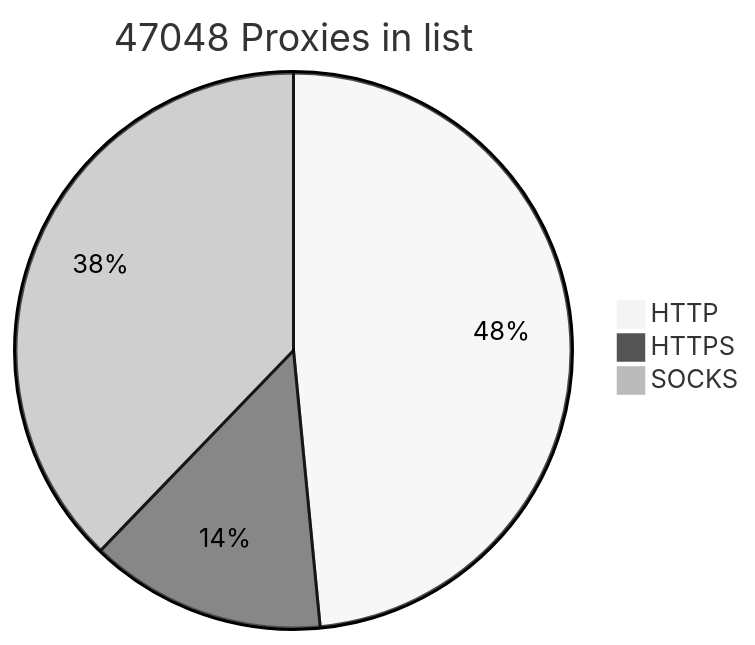
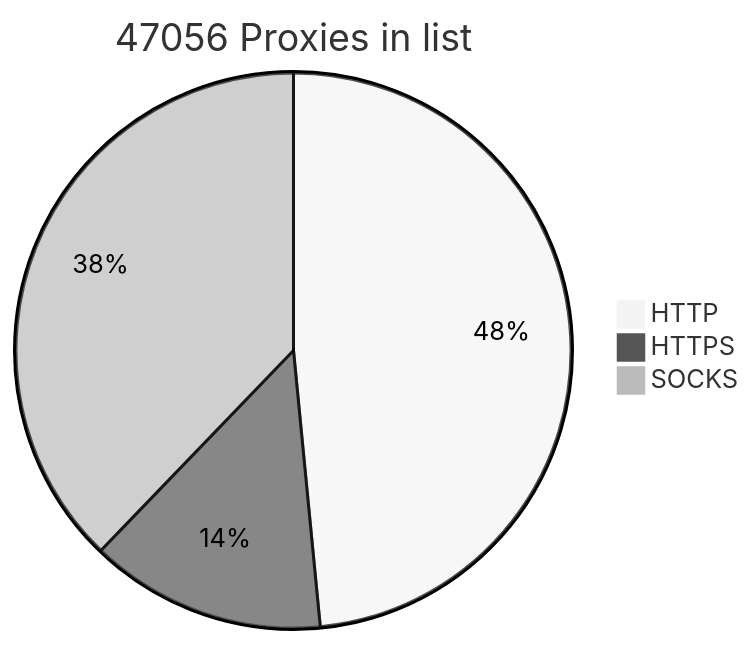
One commit to BlackSnowDot/proxylist-update-every-minute changed the diagram in README.md. Above: the diagram before and after it, drawn with Mermaid (neutral theme).

````diff
--- a/README.md
+++ b/README.md
@@ -2,6 +2,6 @@
 ```mermaid
-pie title 47048 Proxies in list
+pie title 47056 Proxies in list
     "HTTP" : 25445
     "HTTPS": 7214
-    "SOCKS" : 19839
+    "SOCKS" : 19847
 ```
````
